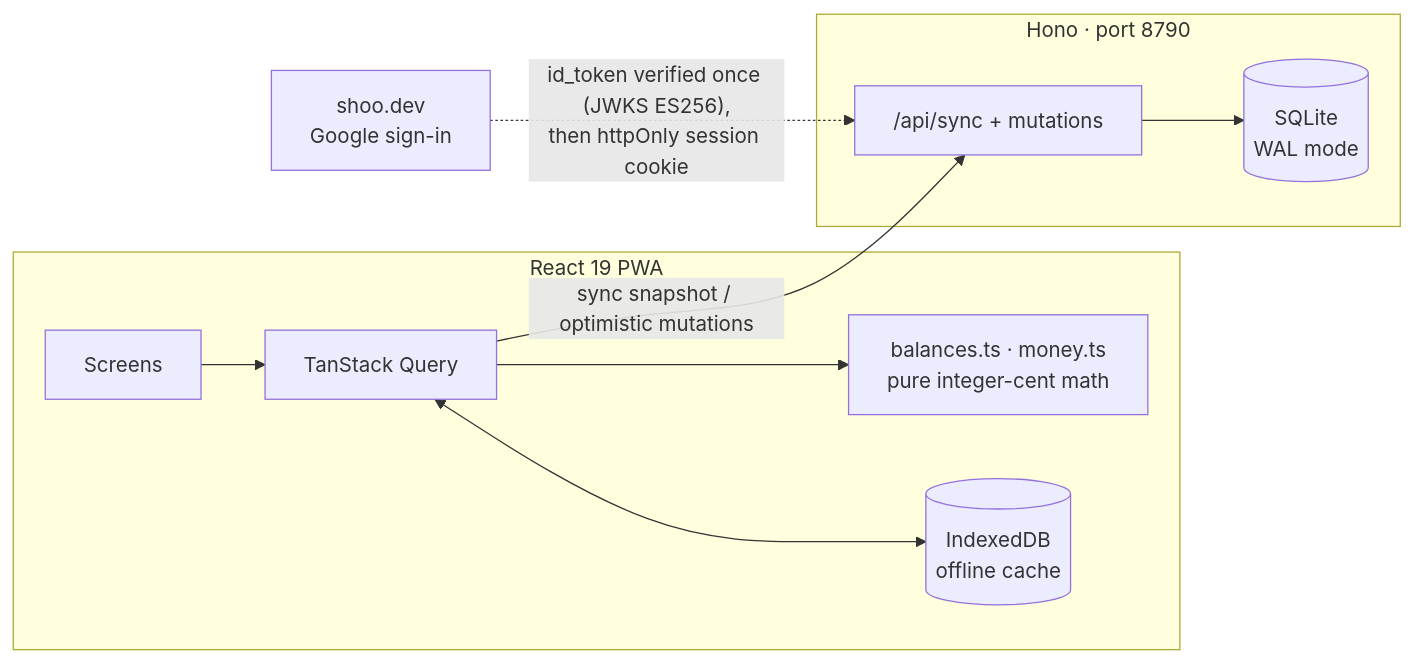
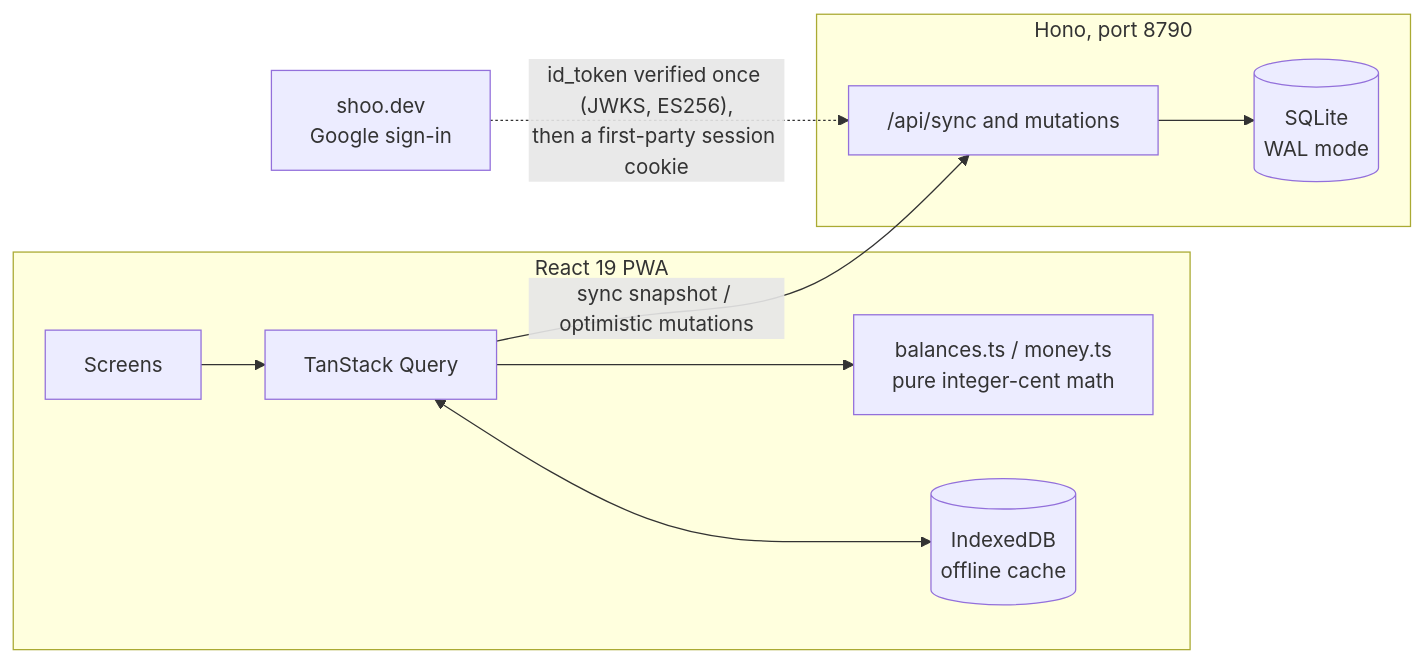
Before and after one commit to SunnyXdm/splitup: the diagram in README.md, drawn with Mermaid. The commit also changed other lines of this file and 1 other file, not shown here.

````diff
--- a/README.md
+++ b/README.md
@@ -41,13 +44,13 @@
 ```mermaid
 flowchart LR
     subgraph client [React 19 PWA]
         UI[Screens] --> Q[TanStack Query]
-        Q --> M["balances.ts · money.ts<br/>pure integer-cent math"]
+        Q --> M["balances.ts / money.ts<br/>pure integer-cent math"]
         Q <--> IDB[("IndexedDB<br/>offline cache")]
     end
-    subgraph server [Hono · port 8790]
-        API["/api/sync + mutations"] --> DB[("SQLite<br/>WAL mode")]
+    subgraph server [Hono, port 8790]
+        API["/api/sync and mutations"] --> DB[("SQLite<br/>WAL mode")]
     end
     Q -- "sync snapshot / optimistic mutations" --> API
-    SHOO["shoo.dev<br/>Google sign-in"] -. "id_token verified once (JWKS ES256),<br/>then httpOnly session cookie" .-> API
+    SHOO["shoo.dev<br/>Google sign-in"] -. "id_token verified once (JWKS, ES256),<br/>then a first-party session cookie" .-> API
 ```
````
